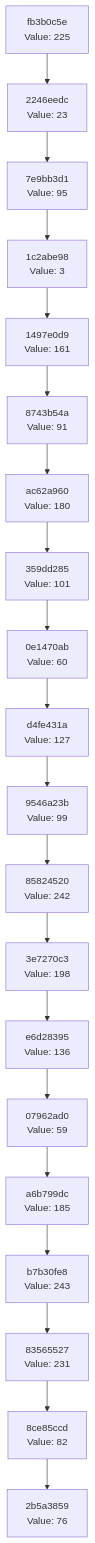
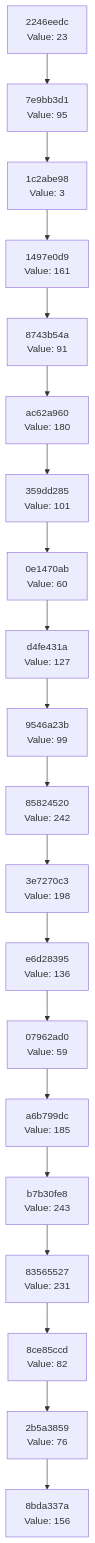
Before and after one commit to Abhisheksinha1506/hash-chain-evolver: the diagram in docs/CHAIN_VISUALIZATION.md, drawn with Mermaid. The commit also changed 2 other files, not shown here.

Commit message:
Evolution step: hash 0x9C → action executed

````diff
--- a/docs/CHAIN_VISUALIZATION.md
+++ b/docs/CHAIN_VISUALIZATION.md
@@ -3,42 +3,42 @@
 ```mermaid
 graph TD
-    C0["2b5a3859<br/>Value: 76"]
-    C1["8ce85ccd<br/>Value: 82"]
+    C0["8bda337a<br/>Value: 156"]
+    C1["2b5a3859<br/>Value: 76"]
     C1 --> C0
-    C2["83565527<br/>Value: 231"]
+    C2["8ce85ccd<br/>Value: 82"]
     C2 --> C1
-    C3["b7b30fe8<br/>Value: 243"]
+    C3["83565527<br/>Value: 231"]
     C3 --> C2
-    C4["a6b799dc<br/>Value: 185"]
+    C4["b7b30fe8<br/>Value: 243"]
     C4 --> C3
-    C5["07962ad0<br/>Value: 59"]
+    C5["a6b799dc<br/>Value: 185"]
     C5 --> C4
-    C6["e6d28395<br/>Value: 136"]
+    C6["07962ad0<br/>Value: 59"]
     C6 --> C5
-    C7["3e7270c3<br/>Value: 198"]
+    C7["e6d28395<br/>Value: 136"]
     C7 --> C6
-    C8["85824520<br/>Value: 242"]
+    C8["3e7270c3<br/>Value: 198"]
     C8 --> C7
-    C9["9546a23b<br/>Value: 99"]
+    C9["85824520<br/>Value: 242"]
     C9 --> C8
-    C10["d4fe431a<br/>Value: 127"]
+    C10["9546a23b<br/>Value: 99"]
     C10 --> C9
-    C11["0e1470ab<br/>Value: 60"]
+    C11["d4fe431a<br/>Value: 127"]
     C11 --> C10
-    C12["359dd285<br/>Value: 101"]
+    C12["0e1470ab<br/>Value: 60"]
     C12 --> C11
-    C13["ac62a960<br/>Value: 180"]
+    C13["359dd285<br/>Value: 101"]
     C13 --> C12
-    C14["8743b54a<br/>Value: 91"]
+    C14["ac62a960<br/>Value: 180"]
     C14 --> C13
-    C15["1497e0d9<br/>Value: 161"]
+    C15["8743b54a<br/>Value: 91"]
     C15 --> C14
-    C16["1c2abe98<br/>Value: 3"]
+    C16["1497e0d9<br/>Value: 161"]
     C16 --> C15
-    C17["7e9bb3d1<br/>Value: 95"]
+    C17["1c2abe98<br/>Value: 3"]
     C17 --> C16
-    C18["2246eedc<br/>Value: 23"]
+    C18["7e9bb3d1<br/>Value: 95"]
     C18 --> C17
-    C19["fb3b0c5e<br/>Value: 225"]
+    C19["2246eedc<br/>Value: 23"]
     C19 --> C18
 ```
````
